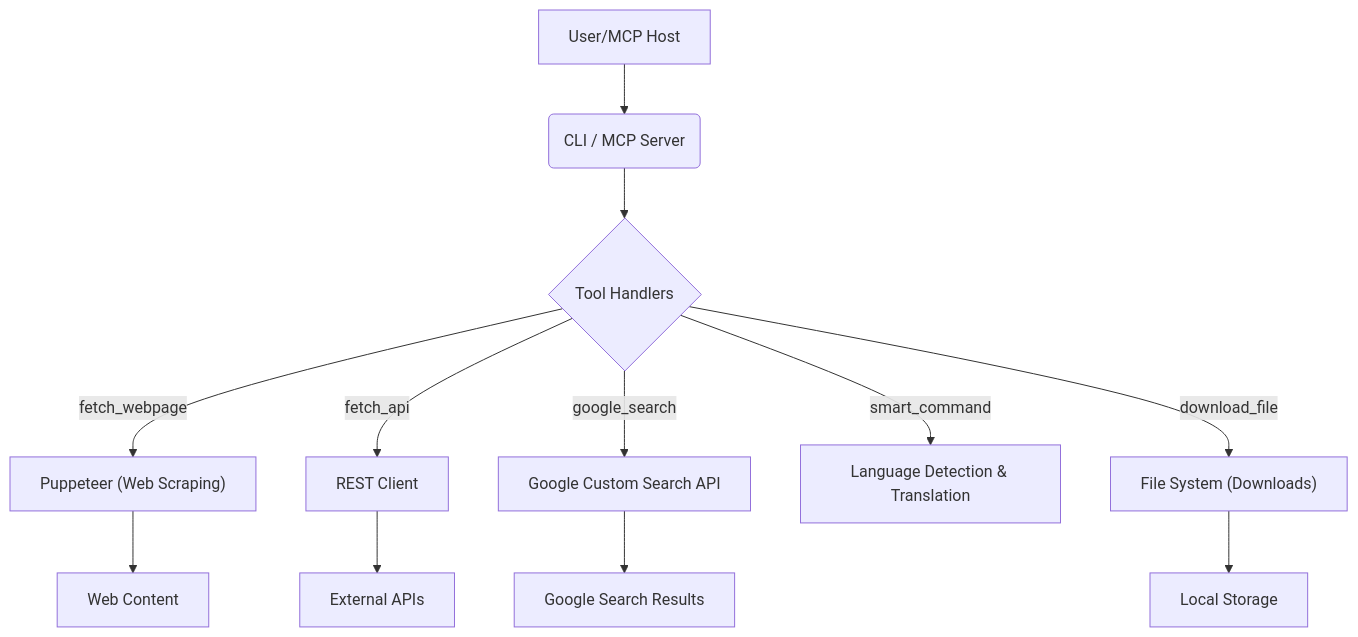
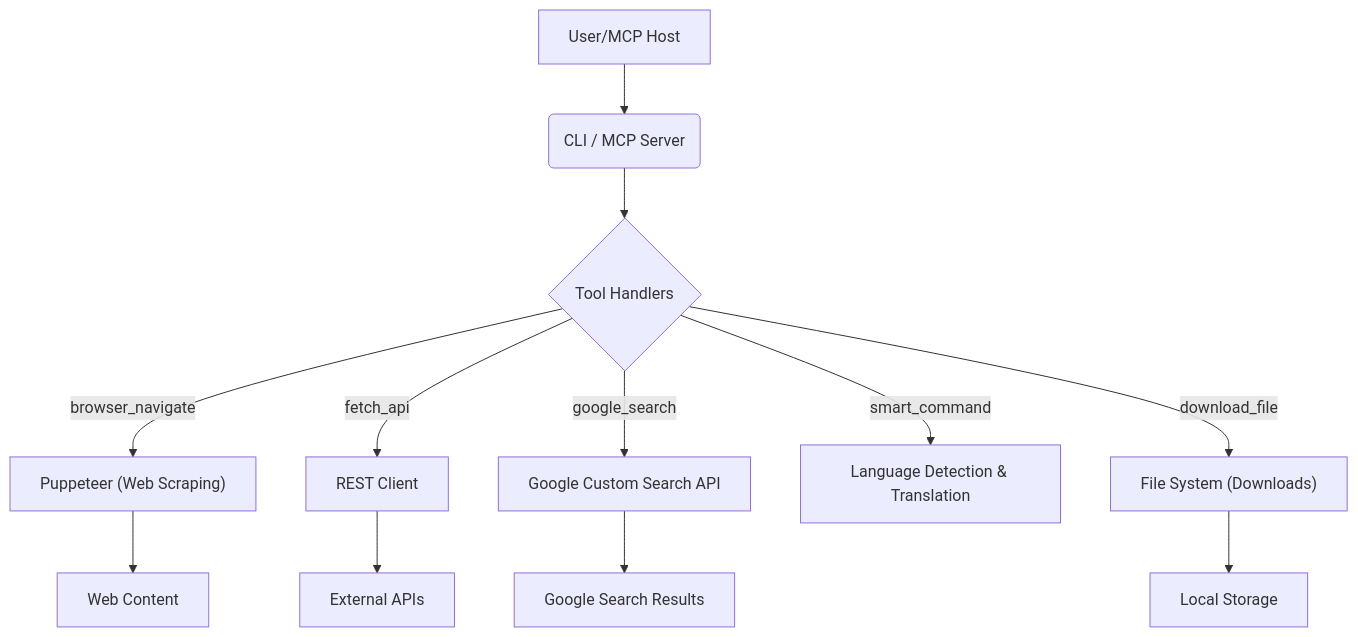
The diagram in README.md (rayss868/MCP-Web-Curl), drawn with Mermaid before and after one commit. The commit also changed other lines of this file and 2 other files, not shown here.

````diff
--- a/README.md
+++ b/README.md
@@ -170,14 +145,14 @@
 ```mermaid
 graph TD
     A[User/MCP Host] --> B(CLI / MCP Server)
     B --> C{Tool Handlers}
-    C -- fetch_webpage --> D["Puppeteer (Web Scraping)"]
+    C -- browser_navigate --> D["Puppeteer (Web Scraping)"]
     C -- fetch_api --> E["REST Client"]
     C -- google_search --> F["Google Custom Search API"]
     C -- smart_command --> G["Language Detection & Translation"]
     C -- download_file --> H["File System (Downloads)"]
     D --> I["Web Content"]
     E --> J["External APIs"]
     F --> K["Google Search Results"]
     H --> L["Local Storage"]
 ```
````
